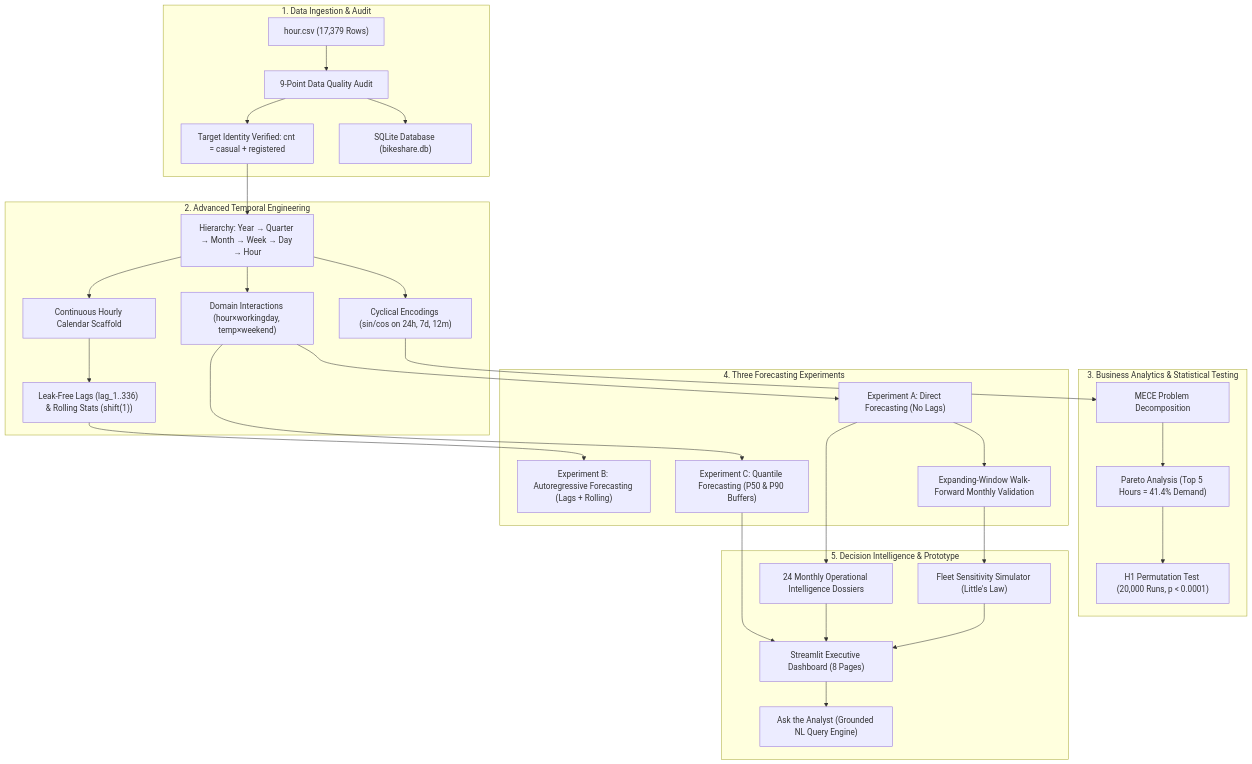
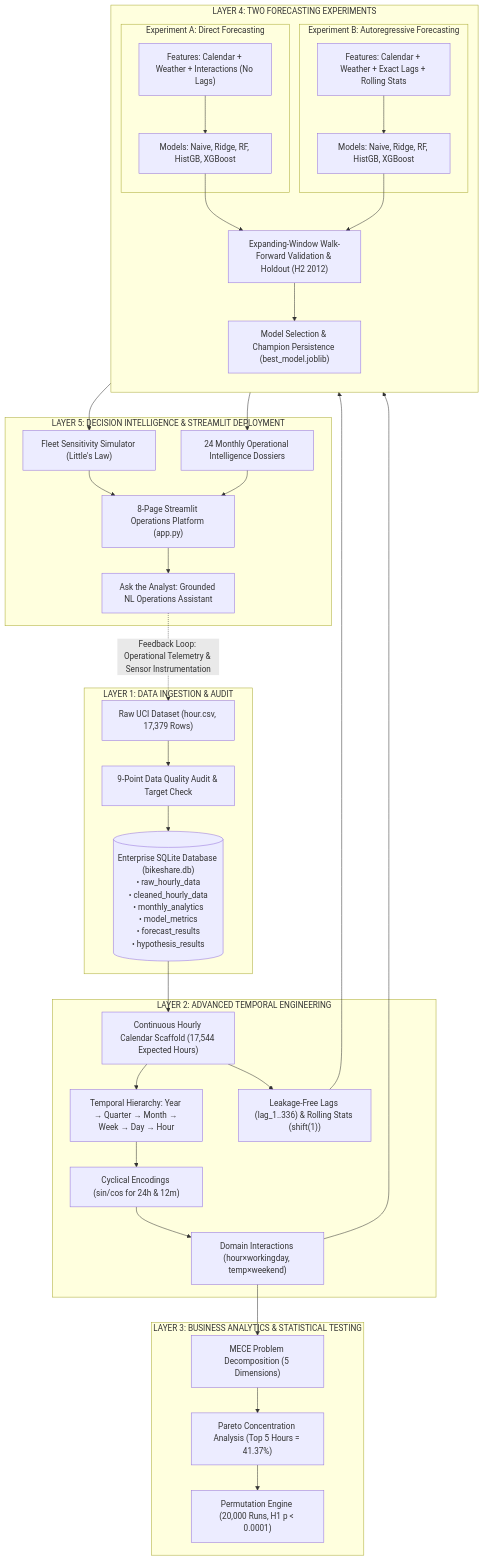
The third of 7 diagrams in README.md (aanshiomar31-oss/urban-bike-sharing), drawn with Mermaid before and after one commit. The commit also changed other lines of this file and 22 other files, not shown here.

Commit message:
feat: complete Bikeshare Intelligence enterprise platform with strictly two forecasting experiments, MECE problem decomposition first in README, and 8-page Streamlit application

````diff
--- a/README.md
+++ b/README.md
@@ -24,38 +189,60 @@
 ```mermaid
 flowchart TD
-    subgraph Ingestion["1. Data Ingestion & Audit"]
-        CSV["hour.csv (17,379 Rows)"] --> Audit["9-Point Data Quality Audit"]
-        Audit --> TargetCheck["Target Identity Verified: cnt = casual + registered"]
-        Audit --> DB["SQLite Database (bikeshare.db)"]
+    subgraph Layer1["LAYER 1: DATA INGESTION & AUDIT"]
+        UCI["Raw UCI Dataset (hour.csv, 17,379 Rows)"]
+        Audit["9-Point Data Quality Audit & Target Check"]
+        SQLDB[("Enterprise SQLite Database (bikeshare.db)<br>• raw_hourly_data<br>• cleaned_hourly_data<br>• monthly_analytics<br>• model_metrics<br>• forecast_results<br>• hypothesis_results")]
+        UCI --> Audit --> SQLDB
     end
 
-    subgraph FeatureEngineering["2. Advanced Temporal Engineering"]
-        TargetCheck --> Hierarchy["Hierarchy: Year → Quarter → Month → Week → Day → Hour"]
-        Hierarchy --> Cyclical["Cyclical Encodings (sin/cos on 24h, 7d, 12m)"]
-        Hierarchy --> Interactions["Domain Interactions (hour×workingday, temp×weekend)"]
-        Hierarchy --> Scaffold["Continuous Hourly Calendar Scaffold"]
-        Scaffold --> Lags["Leak-Free Lags (lag_1..336) & Rolling Stats (shift(1))"]
+    subgraph Layer2["LAYER 2: ADVANCED TEMPORAL ENGINEERING"]
+        Scaffold["Continuous Hourly Calendar Scaffold (17,544 Expected Hours)"]
+        Hierarchy["Temporal Hierarchy: Year → Quarter → Month → Week → Day → Hour"]
+        Cyclic["Cyclical Encodings (sin/cos for 24h & 12m)"]
+        Interactions["Domain Interactions (hour×workingday, temp×weekend)"]
+        Lags["Leakage-Free Lags (lag_1..336) & Rolling Stats (shift(1))"]
+        SQLDB --> Scaffold --> Hierarchy --> Cyclic --> Interactions
+        Scaffold --> Lags
     end
 
-    subgraph Analytics["3. Business Analytics & Statistical Testing"]
-        Cyclical --> MECE["MECE Problem Decomposition"]
-        MECE --> Pareto["Pareto Analysis (Top 5 Hours = 41.4% Demand)"]
-        Pareto --> H1["H1 Permutation Test (20,000 Runs, p < 0.0001)"]
+    subgraph Layer3["LAYER 3: BUSINESS ANALYTICS & STATISTICAL TESTING"]
+        MECE["MECE Problem Decomposition (5 Dimensions)"]
+        Pareto["Pareto Concentration Analysis (Top 5 Hours = 41.37%)"]
+        Hypothesis["Permutation Engine (20,000 Runs, H1 p < 0.0001)"]
+        Interactions --> MECE --> Pareto --> Hypothesis
     end
 
-    subgraph Experiments["4. Three Forecasting Experiments"]
-        Interactions --> ExpA["Experiment A: Direct Forecasting (No Lags)"]
-        Lags --> ExpB["Experiment B: Autoregressive Forecasting (Lags + Rolling)"]
-        Interactions --> ExpC["Experiment C: Quantile Forecasting (P50 & P90 Buffers)"]
-        ExpA --> WalkForward["Expanding-Window Walk-Forward Monthly Validation"]
+    subgraph Layer4["LAYER 4: TWO FORECASTING EXPERIMENTS"]
+        direction TB
+        subgraph ExpA["Experiment A: Direct Forecasting"]
+            A_Feat["Features: Calendar + Weather + Interactions (No Lags)"]
+            A_Models["Models: Naive, Ridge, RF, HistGB, XGBoost"]
+            A_Feat --> A_Models
+        end
+        subgraph ExpB["Experiment B: Autoregressive Forecasting"]
+            B_Feat["Features: Calendar + Weather + Exact Lags + Rolling Stats"]
+            B_Models["Models: Naive, Ridge, RF, HistGB, XGBoost"]
+            B_Feat --> B_Models
+        end
+        Interactions --> A_Feat
+        Lags --> B_Feat
+        
+        A_Models --> Validation["Expanding-Window Walk-Forward Validation & Holdout (H2 2012)"]
+        B_Models --> Validation
+        Validation --> Selection["Model Selection & Champion Persistence (best_model.joblib)"]
     end
 
-    subgraph DecisionSupport["5. Decision Intelligence & Prototype"]
-        WalkForward --> FleetOpt["Fleet Sensitivity Simulator (Little's Law)"]
-        ExpA --> Dossiers["24 Monthly Operational Intelligence Dossiers"]
-        FleetOpt --> Dashboard["Streamlit Executive Dashboard (8 Pages)"]
+    subgraph Layer5["LAYER 5: DECISION INTELLIGENCE & STREAMLIT DEPLOYMENT"]
+        Simulator["Fleet Sensitivity Simulator (Little's Law)"]
+        Dossiers["24 Monthly Operational Intelligence Dossiers"]
+        Dashboard["8-Page Streamlit Operations Platform (app.py)"]
+        Assistant["Ask the Analyst: Grounded NL Operations Assistant"]
+        Selection --> Simulator
+        Selection --> Dossiers
+        Simulator --> Dashboard
         Dossiers --> Dashboard
-        ExpC --> Dashboard
-        Dashboard --> QA["Ask the Analyst (Grounded NL Query Engine)"]
+        Dashboard --> Assistant
     end
+
+    Assistant -.->|"Feedback Loop: Operational Telemetry & Sensor Instrumentation"| UCI
 ```
````
